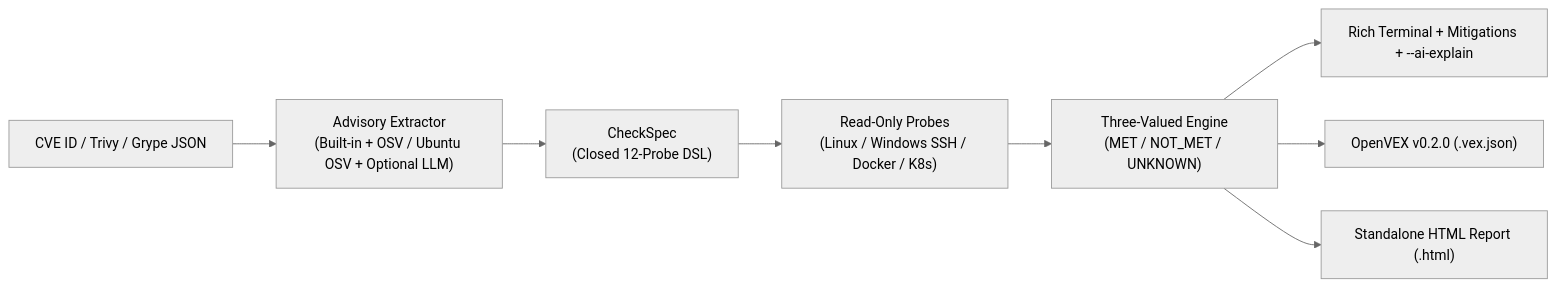
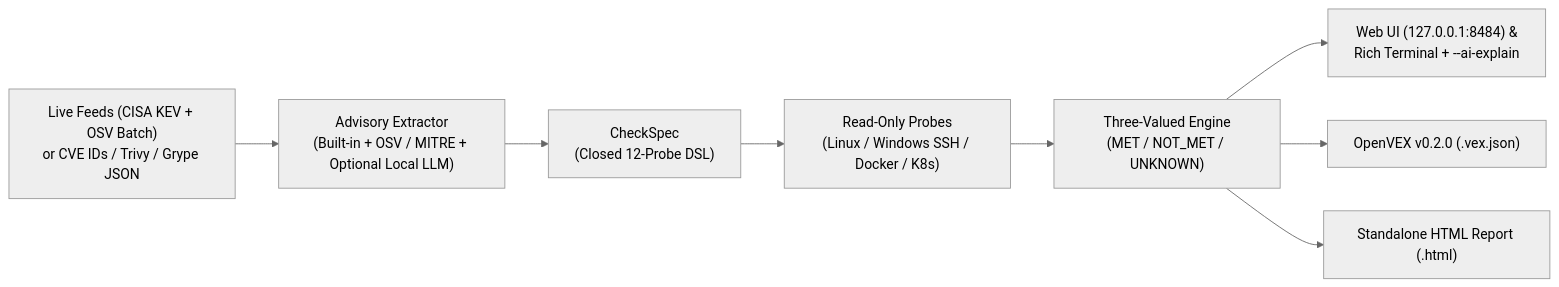
Before and after one commit to KatsaounisThanasis/notaffected: the diagram in README.md, drawn with Mermaid (neutral theme). The commit also changed other lines of this file and 3 other files, not shown here.

````diff
--- a/README.md
+++ b/README.md
@@ -20,10 +20,10 @@
 ```mermaid
 flowchart LR
-    A["CVE ID / Trivy / Grype JSON"] --> B["Advisory Extractor\n(Built-in + OSV / Ubuntu OSV + Optional LLM)"]
+    A["Live Feeds (CISA KEV + OSV Batch)\nor CVE IDs / Trivy / Grype JSON"] --> B["Advisory Extractor\n(Built-in + OSV / MITRE + Optional Local LLM)"]
     B --> C["CheckSpec\n(Closed 12-Probe DSL)"]
     C --> D["Read-Only Probes\n(Linux / Windows SSH / Docker / K8s)"]
     D --> E["Three-Valued Engine\n(MET / NOT_MET / UNKNOWN)"]
-    E --> F["Rich Terminal + Mitigations + --ai-explain"]
+    E --> F["Web UI (127.0.0.1:8484) &\nRich Terminal + --ai-explain"]
     E --> G["OpenVEX v0.2.0 (.vex.json)"]
     E --> H["Standalone HTML Report (.html)"]
 ```
````
